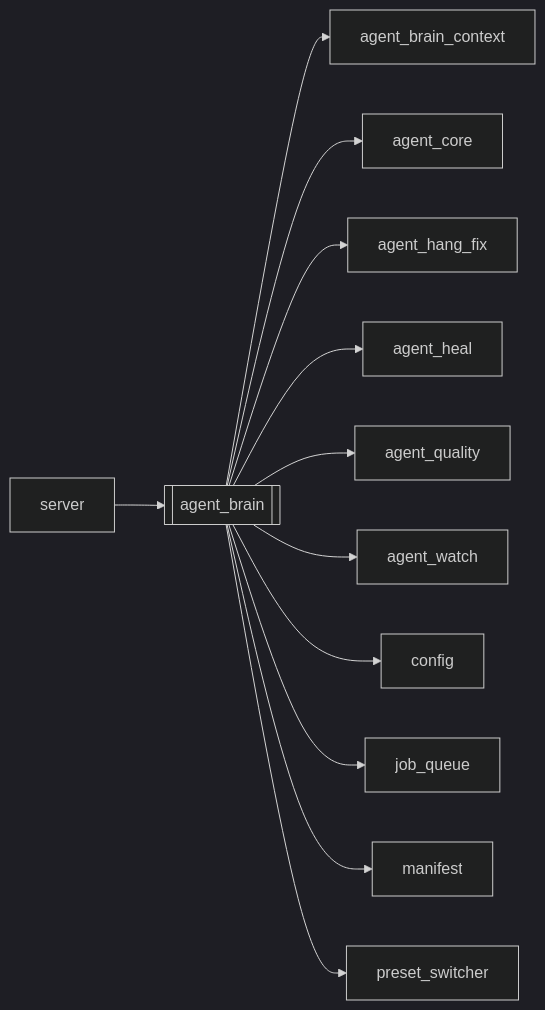
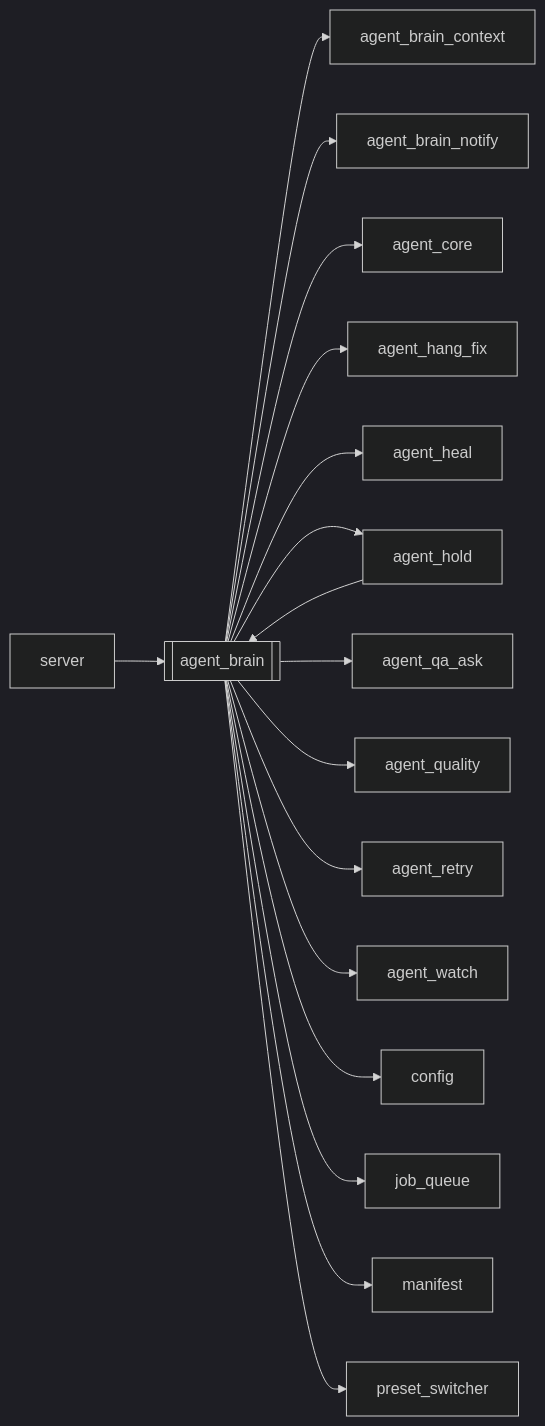
The diagram in docs/brain/modules/agent_brain.md (kjza178/PineLineV4), drawn with Mermaid (dark theme) before and after one commit. The commit also changed other lines of this file and 200 other files, not shown here.

````diff
--- a/docs/brain/modules/agent_brain.md
+++ b/docs/brain/modules/agent_brain.md
@@ -16,15 +16,20 @@
 ```mermaid
 flowchart LR
   agent_brain[[agent_brain]]
+  agent_hold[agent_hold] --> agent_brain
   server[server] --> agent_brain
   agent_brain --> agent_brain_context[agent_brain_context]
+  agent_brain --> agent_brain_notify[agent_brain_notify]
   agent_brain --> agent_core[agent_core]
   agent_brain --> agent_hang_fix[agent_hang_fix]
   agent_brain --> agent_heal[agent_heal]
+  agent_brain --> agent_hold[agent_hold]
+  agent_brain --> agent_qa_ask[agent_qa_ask]
   agent_brain --> agent_quality[agent_quality]
+  agent_brain --> agent_retry[agent_retry]
   agent_brain --> agent_watch[agent_watch]
   agent_brain --> config[config]
   agent_brain --> job_queue[job_queue]
   agent_brain --> manifest[manifest]
   agent_brain --> preset_switcher[preset_switcher]
 ```
````
